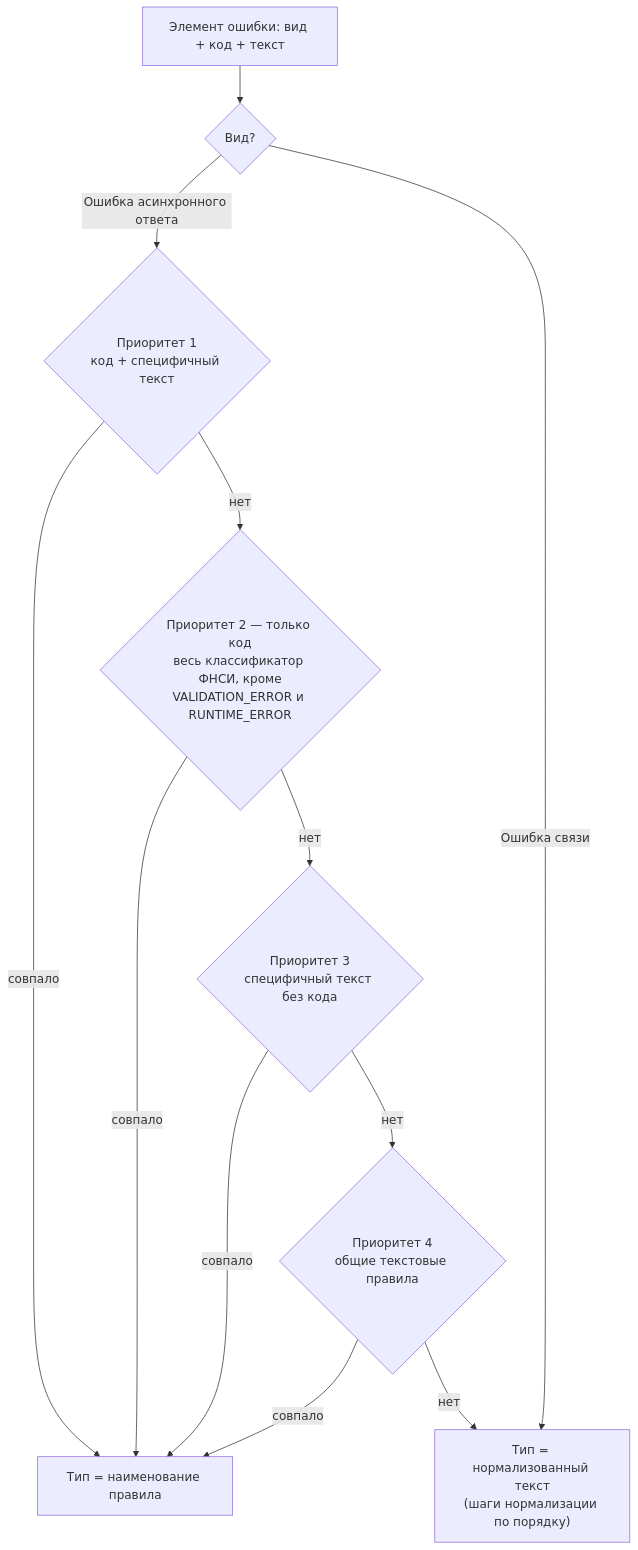
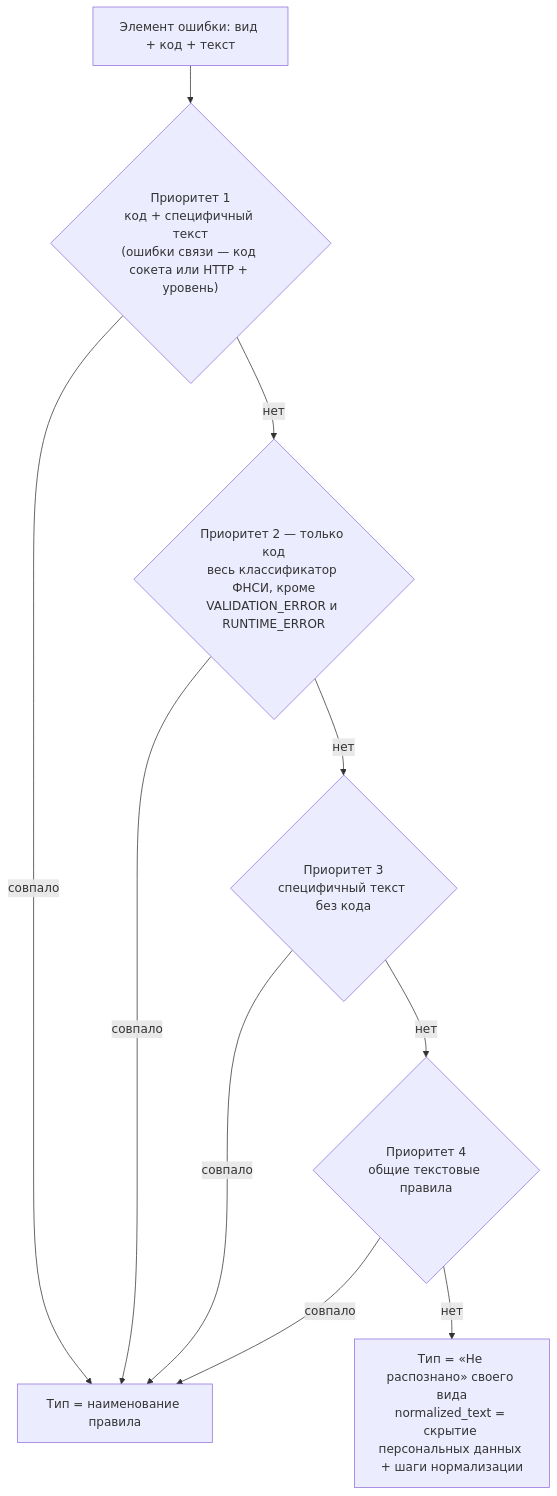
One commit to asaf1n/EGISZ-Proxy-Reports-Airflow changed the sixth of 6 diagrams in README.md. Above: the diagram before and after it, drawn with Mermaid. The commit also changed other lines of this file and 11 other files, not shown here.

First line of the commit message:
Ошибки: отдельный справочник правил скрытия персональных данных, закрытый список типов с «Не распознано», правила ошибок связи с определением и источником

````diff
--- a/README.md
+++ b/README.md
@@ -546,18 +548,16 @@
 ```mermaid
 flowchart TD
-    A["Элемент ошибки: вид + код + текст"] --> K{"Вид?"}
-    K -->|Ошибка асинхронного ответа| P1
-    K -->|Ошибка связи| M
+    A["Элемент ошибки: вид + код + текст"] --> P1
 
-    P1{"Приоритет 1<br/>код + специфичный текст"} -->|совпало| OUT
+    P1{"Приоритет 1<br/>код + специфичный текст<br/>(ошибки связи — код сокета или HTTP + уровень)"} -->|совпало| OUT
     P1 -->|нет| P2
     P2{"Приоритет 2 — только код<br/>весь классификатор ФНСИ, кроме<br/>VALIDATION_ERROR и RUNTIME_ERROR"} -->|совпало| OUT
     P2 -->|нет| P3
     P3{"Приоритет 3<br/>специфичный текст без кода"} -->|совпало| OUT
     P3 -->|нет| P4
     P4{"Приоритет 4<br/>общие текстовые правила"} -->|совпало| OUT
     P4 -->|нет| M
 
     OUT["Тип = наименование правила"]
-    M["Тип = нормализованный текст<br/>(шаги нормализации по порядку)"]
+    M["Тип = «Не распознано» своего вида<br/>normalized_text = скрытие персональных данных + шаги нормализации"]
 ```
````
